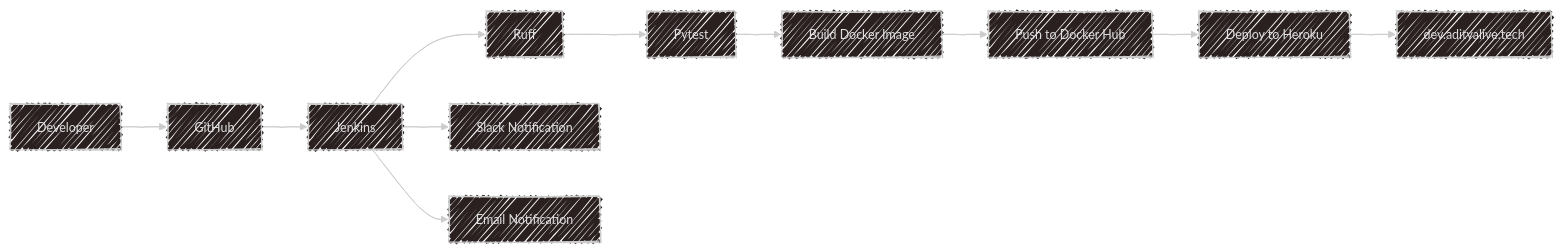
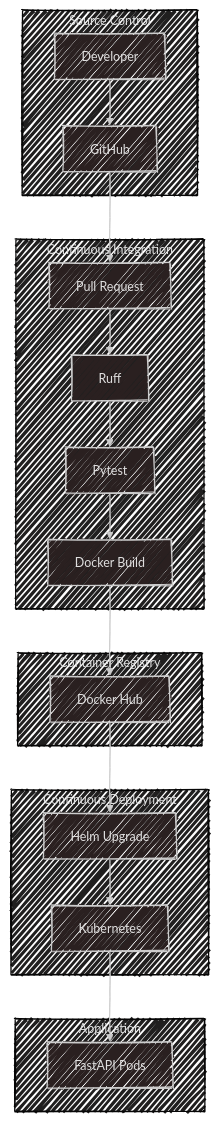
The second of 6 diagrams in README.md (MP-30/hyper-scale-ops), drawn with Mermaid before and after one commit. The commit also changed other lines of this file, not shown here.

First line of the commit message:
Restore Live Links and update project overview

````diff
--- a/README.md
+++ b/README.md
@@ -125,21 +214,67 @@
 ```mermaid
 ---
 config:
   theme: neo-dark
   fontFamily: Verdana, Geneva, sans-serif
   look: handDrawn
 ---
-flowchart LR
-DEV[Developer]-->GH[GitHub]
-GH-->J[Jenkins]
-J-->L[Ruff]
-L-->P[Pytest]
-P-->D[Build Docker Image]
-D-->H[Push to Docker Hub]
-H-->HEROKU[Deploy to Heroku]
-HEROKU-->LIVE[dev.adityalive.tech]
-J-->S[Slack Notification]
-J-->E[Email Notification]
+
+flowchart TB
+
+subgraph SCM["Source Control"]
+    DEV["Developer"]
+    GIT["GitHub"]
+end
+
+subgraph CI["Continuous Integration"]
+
+    PR["Pull Request"]
+
+    LINT["Ruff"]
+
+    TEST["Pytest"]
+
+    BUILD["Docker Build"]
+
+end
+
+subgraph REG["Container Registry"]
+
+    HUB["Docker Hub"]
+
+end
+
+subgraph CD["Continuous Deployment"]
+
+    HELM["Helm Upgrade"]
+
+    K8S["Kubernetes"]
+
+end
+
+subgraph APP["Application"]
+
+    POD["FastAPI Pods"]
+
+end
+
+DEV --> GIT
+
+GIT --> PR
+
+PR --> LINT
+
+LINT --> TEST
+
+TEST --> BUILD
+
+BUILD --> HUB
+
+HUB --> HELM
+
+HELM --> K8S
+
+K8S --> POD
 
 
 ```
````
